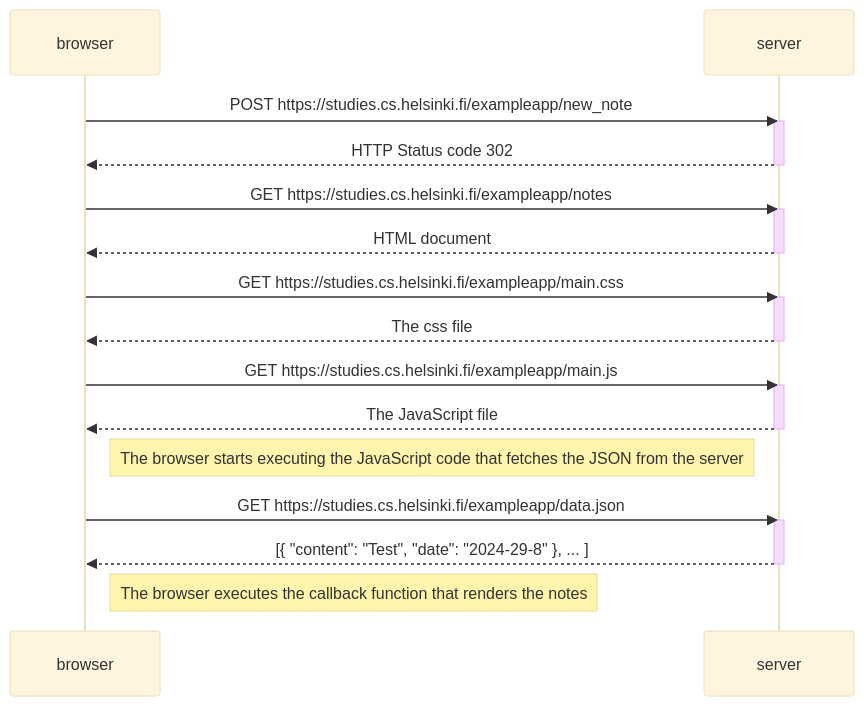
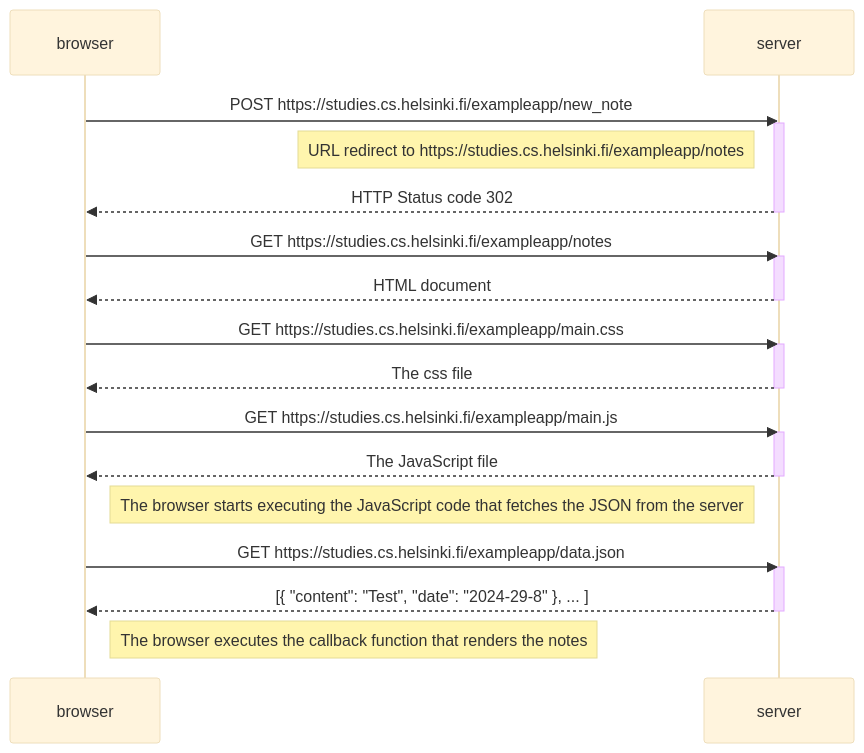
The diagram in Part0/0.4_New_note_diagram.md (AliShehab01/full-stack-open-2024), drawn with Mermaid (base theme) before and after one commit.

````diff
--- a/Part0/0.4_New_note_diagram.md
+++ b/Part0/0.4_New_note_diagram.md
@@ -1,33 +1,34 @@
 ```mermaid
  sequenceDiagram
     participant browser
     participant server
 browser->>server: POST https://studies.cs.helsinki.fi/exampleapp/new_note
 activate server
+Note left of server: URL redirect to https://studies.cs.helsinki.fi/exampleapp/notes
 server-->>browser: HTTP Status code 302
 deactivate server
 
 browser->>server: GET https://studies.cs.helsinki.fi/exampleapp/notes
 activate server
 server-->>browser: HTML document
 deactivate server
 
 browser->>server: GET https://studies.cs.helsinki.fi/exampleapp/main.css
 activate server
 server-->>browser: The css file
 deactivate server
 
 browser->>server: GET https://studies.cs.helsinki.fi/exampleapp/main.js
 activate server
 server-->>browser: The JavaScript file
 deactivate server
 
 Note right of browser: The browser starts executing the JavaScript code that fetches the JSON from the server
 
 browser->>server: GET https://studies.cs.helsinki.fi/exampleapp/data.json
 activate server
 server-->>browser: [{ "content": "Test", "date": "2024-29-8" }, ... ]
 deactivate server
 Note right of browser: The browser executes the callback function that renders the notes
 
 ```
````
